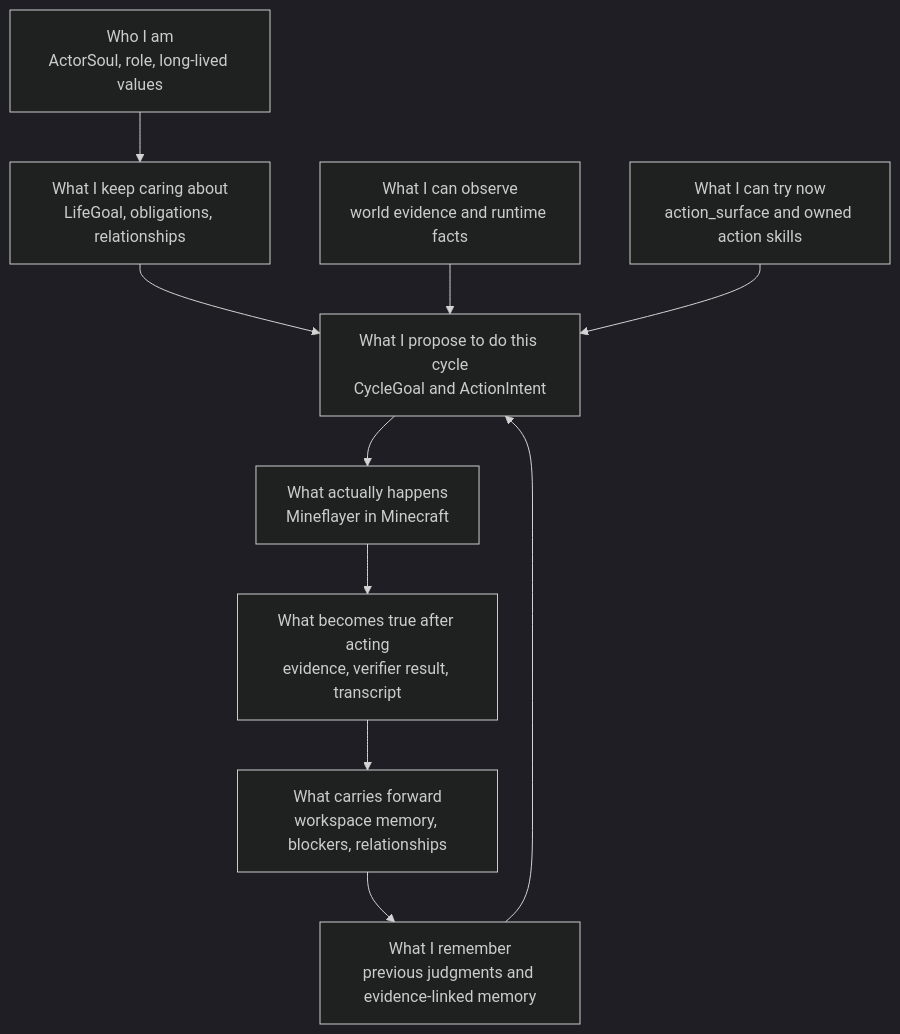
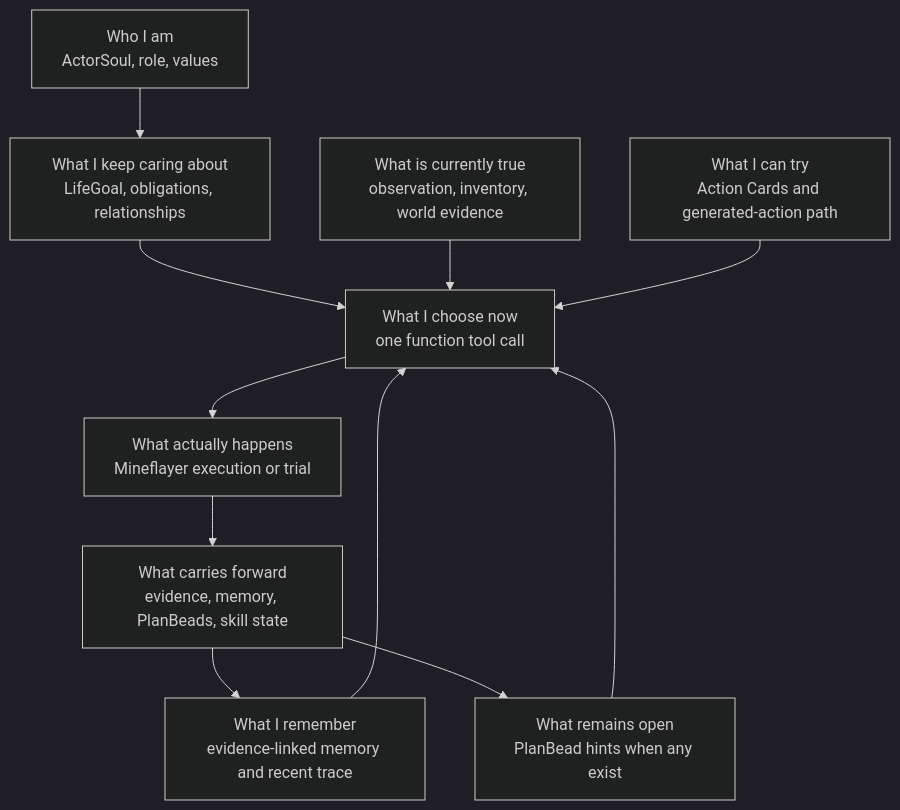
Before and after one commit to gigio1023/minecraft-llm-agent-community: the second of 6 diagrams in CURRENT_IMPLEMENTATION_ARCHITECTURE_REVIEW.md, drawn with Mermaid (dark theme). The commit also changed other lines of this file and 218 other files, not shown here.

Commit message:
Align Actor Turn tool calling runtime

````diff
--- a/CURRENT_IMPLEMENTATION_ARCHITECTURE_REVIEW.md
+++ b/CURRENT_IMPLEMENTATION_ARCHITECTURE_REVIEW.md
@@ -70,22 +93,21 @@
 ```mermaid
 flowchart TD
-  Identity["Who I am<br/>ActorSoul, role, long-lived values"]
+  Identity["Who I am<br/>ActorSoul, role, values"]
   Direction["What I keep caring about<br/>LifeGoal, obligations, relationships"]
-  Observation["What I can observe<br/>world evidence and runtime facts"]
-  Memory["What I remember<br/>previous judgments and evidence-linked memory"]
-  Body["What I can try now<br/>action_surface and owned action skills"]
-  Choice["What I propose to do this cycle<br/>CycleGoal and ActionIntent"]
-  World["What actually happens<br/>Mineflayer in Minecraft"]
-  Consequence["What becomes true after acting<br/>evidence, verifier result, transcript"]
-  Continuity["What carries forward<br/>workspace memory, blockers, relationships"]
+  EvidenceNow["What is currently true<br/>observation, inventory, world evidence"]
+  Memory["What I remember<br/>evidence-linked memory and recent trace"]
+  Work["What remains open<br/>PlanBead hints when any exist"]
+  Body["What I can try<br/>Action Cards and generated-action path"]
+  Turn["What I choose now<br/>one function tool call"]
+  World["What actually happens<br/>Mineflayer execution or trial"]
+  Consequence["What carries forward<br/>evidence, memory, PlanBeads, skill state"]
 
-  Identity --> Direction
-  Direction --> Choice
-  Observation --> Choice
-  Memory --> Choice
-  Body --> Choice
-  Choice --> World
-  World --> Consequence
-  Consequence --> Continuity
-  Continuity --> Memory
+  Identity --> Direction --> Turn
+  EvidenceNow --> Turn
+  Memory --> Turn
+  Work --> Turn
+  Body --> Turn
+  Turn --> World --> Consequence
+  Consequence --> Memory
+  Consequence --> Work
 ```
````
